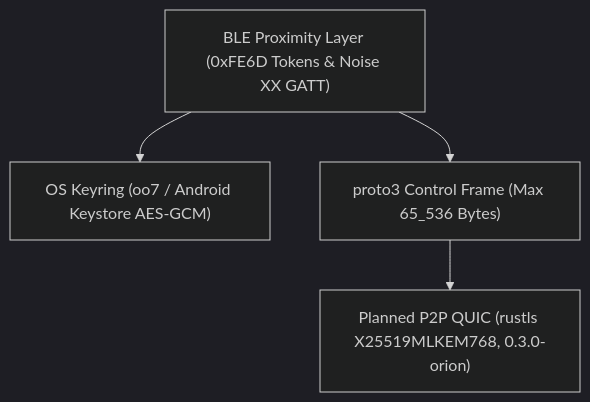
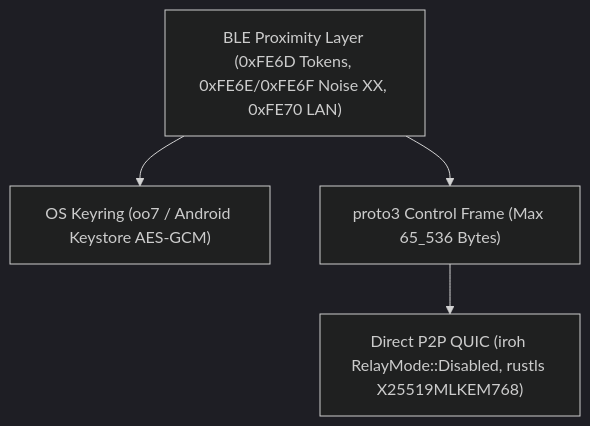
One commit to hydrafog/keynear changed the diagram in docs/security-compliance/threat-model.md. Above: the diagram before and after it, drawn with Mermaid (dark theme). The commit also changed other lines of this file and 7 other files, not shown here.

````diff
--- a/docs/security-compliance/threat-model.md
+++ b/docs/security-compliance/threat-model.md
@@ -7,6 +7,6 @@
 ```mermaid
 flowchart TD
-  ble["BLE Proximity Layer (0xFE6D Tokens & Noise XX GATT)"] --> keyring["OS Keyring (oo7 / Android Keystore AES-GCM)"]
+  ble["BLE Proximity Layer (0xFE6D Tokens, 0xFE6E/0xFE6F Noise XX, 0xFE70 LAN)"] --> keyring["OS Keyring (oo7 / Android Keystore AES-GCM)"]
   ble --> frame["proto3 Control Frame (Max 65_536 Bytes)"]
-  frame --> quic["Planned P2P QUIC (rustls X25519MLKEM768, 0.3.0-orion)"]
+  frame --> quic["Direct P2P QUIC (iroh RelayMode::Disabled, rustls X25519MLKEM768)"]
 ```
````
